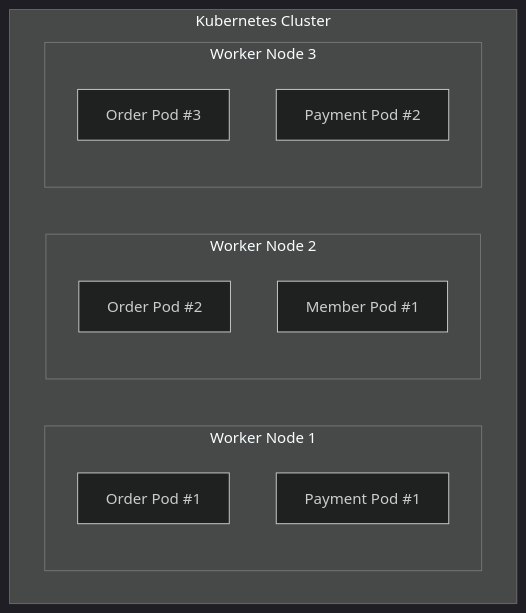
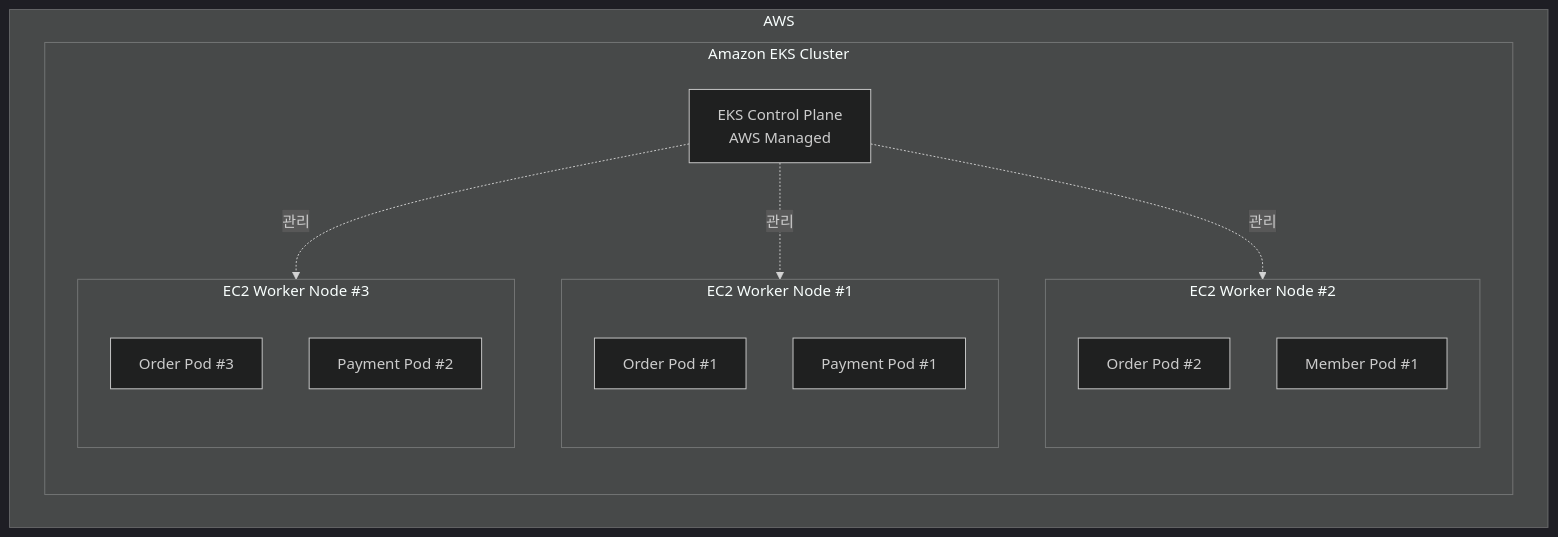
The first of 11 diagrams in _posts/2026-08-24-kubernetes-scalability.md (jw3418/jw3418.github.io), drawn with Mermaid (dark theme) before and after one commit.

Commit message:
Revise Kubernetes cluster diagram for EC2 nodes
Updated the Kubernetes cluster diagram to reflect EC2 worker nodes and their associated pods.

````diff
--- a/_posts/2026-08-24-kubernetes-scalability.md
+++ b/_posts/2026-08-24-kubernetes-scalability.md
@@ -40,21 +40,30 @@
 ```mermaid
 flowchart TB
-    subgraph Cluster["Kubernetes Cluster"]
+    subgraph AWS["AWS"]
 
-        subgraph N1["Worker Node 1"]
-            O1["Order Pod #1"]
-            P1["Payment Pod #1"]
+        subgraph EKS["Amazon EKS Cluster"]
+
+            CP["EKS Control Plane<br/>AWS Managed"]
+
+            subgraph EC21["EC2 Worker Node #1"]
+                O1["Order Pod #1"]
+                P1["Payment Pod #1"]
+            end
+
+            subgraph EC22["EC2 Worker Node #2"]
+                O2["Order Pod #2"]
+                M1["Member Pod #1"]
+            end
+
+            subgraph EC23["EC2 Worker Node #3"]
+                O3["Order Pod #3"]
+                P2["Payment Pod #2"]
+            end
+
+            CP -. "관리" .-> EC21
+            CP -. "관리" .-> EC22
+            CP -. "관리" .-> EC23
+
         end
-
-        subgraph N2["Worker Node 2"]
-            O2["Order Pod #2"]
-            M1["Member Pod #1"]
-        end
-
-        subgraph N3["Worker Node 3"]
-            O3["Order Pod #3"]
-            P2["Payment Pod #2"]
-        end
-
     end
 ```
````
